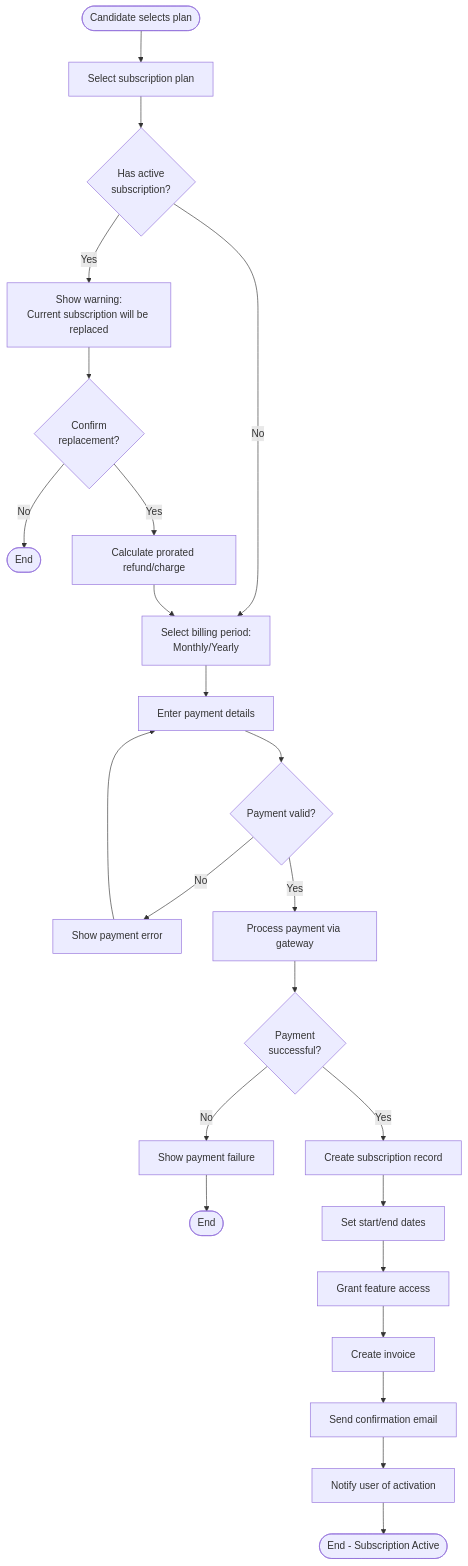
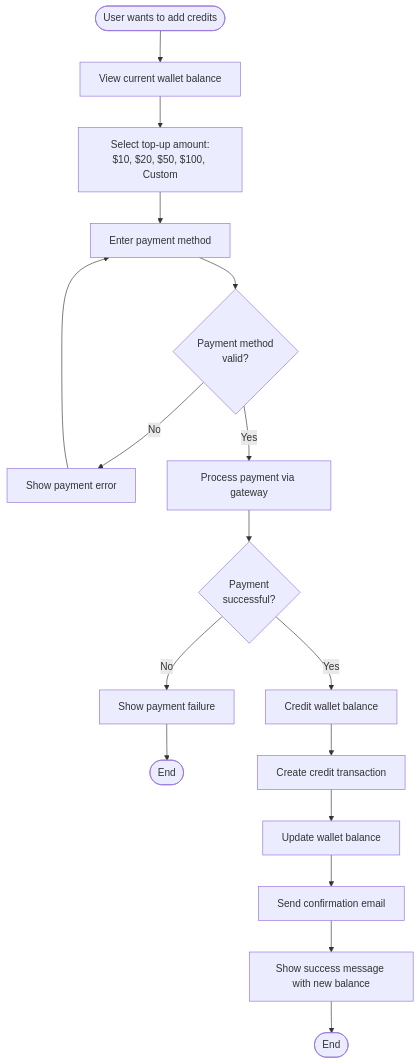
One commit to duythong28/connect-career-be changed the first of 12 diagrams in services/connect-career-be/docs/subscription.md. Above: the diagram before and after it, drawn with Mermaid. The commit also changed other lines of this file and 49 other files, not shown here.

Commit message:
feat: implement Pay-As-You-Go wallet system with user wallet management, payment processing, and transaction tracking, including new services, controllers, and DTOs

````diff
--- a/services/connect-career-be/docs/subscription.md
+++ b/services/connect-career-be/docs/subscription.md
@@ -1334,33 +643,23 @@
 ```mermaid
 flowchart TD
-    Start([Candidate selects plan]) --> SelectPlan[Select subscription plan]
-    SelectPlan --> CheckExisting{Has active<br/>subscription?}
-
-    CheckExisting -->|Yes| ShowWarning[Show warning:<br/>Current subscription will be replaced]
-    ShowWarning --> ConfirmReplace{Confirm<br/>replacement?}
-    ConfirmReplace -->|No| End1([End])
-    ConfirmReplace -->|Yes| CalculateProration[Calculate prorated refund/charge]
-
-    CheckExisting -->|No| SelectBilling[Select billing period:<br/>Monthly/Yearly]
-
-    CalculateProration --> SelectBilling
-    SelectBilling --> EnterPayment[Enter payment details]
-    EnterPayment --> ValidatePayment{Payment valid?}
+    Start([User wants to add credits]) --> ViewBalance[View current wallet balance]
+    ViewBalance --> SelectAmount[Select top-up amount:<br/>$10, $20, $50, $100, Custom]
+    SelectAmount --> EnterPayment[Enter payment method]
+    EnterPayment --> ValidatePayment{Payment method<br/>valid?}
 
     ValidatePayment -->|No| ShowError[Show payment error]
     ShowError --> EnterPayment
 
     ValidatePayment -->|Yes| ProcessPayment[Process payment via gateway]
     ProcessPayment --> PaymentSuccess{Payment<br/>successful?}
 
     PaymentSuccess -->|No| ShowFailure[Show payment failure]
-    ShowFailure --> End2([End])
+    ShowFailure --> End1([End])
 
-    PaymentSuccess -->|Yes| CreateSubscription[Create subscription record]
-    CreateSubscription --> SetDates[Set start/end dates]
-    SetDates --> GrantAccess[Grant feature access]
-    GrantAccess --> CreateInvoice[Create invoice]
-    CreateInvoice --> SendConfirmation[Send confirmation email]
-    SendConfirmation --> NotifyUser[Notify user of activation]
-    NotifyUser --> End3([End - Subscription Active])
+    PaymentSuccess -->|Yes| CreditWallet[Credit wallet balance]
+    CreditWallet --> CreateTransaction[Create credit transaction]
+    CreateTransaction --> UpdateBalance[Update wallet balance]
+    UpdateBalance --> SendConfirmation[Send confirmation email]
+    SendConfirmation --> ShowSuccess[Show success message with new balance]
+    ShowSuccess --> End2([End])
 ```
````
